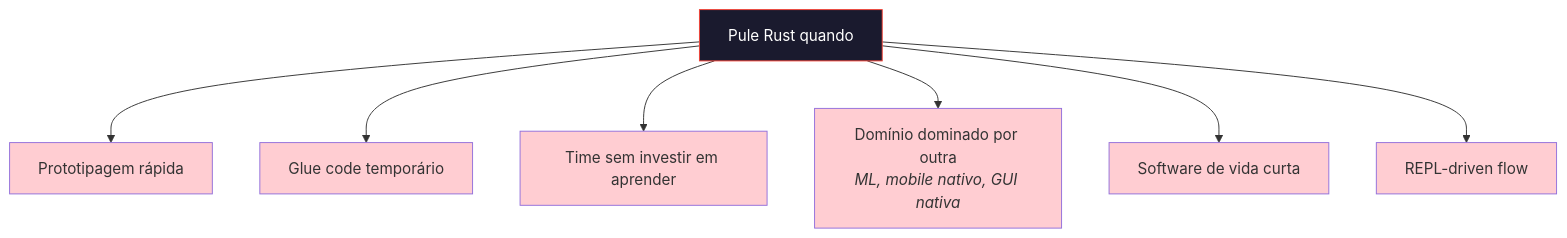
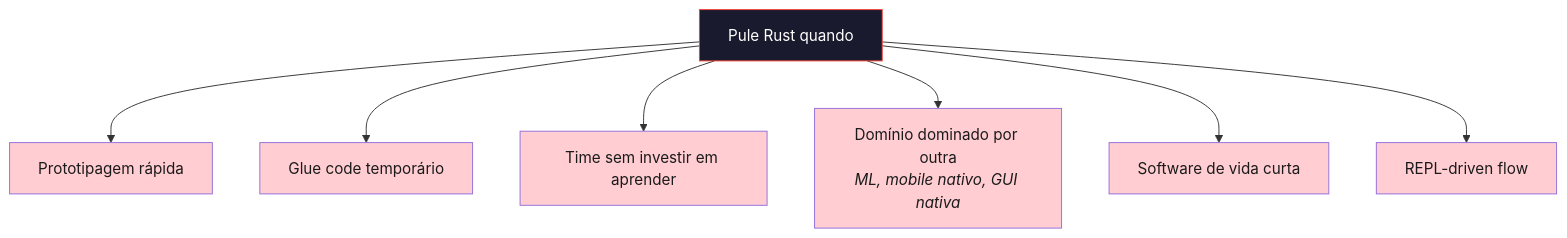
Before and after one commit to Felipeness/ferro-e-espirito: the second of 2 diagrams in book/part-19-comparisons/ch56-quando-nao-rust.md, drawn with Mermaid. The commit also changed other lines of this file and 56 other files, not shown here.

First line of the commit message:
fix: contraste de texto em diagramas mermaid

````diff
--- a/book/part-19-comparisons/ch56-quando-nao-rust.md
+++ b/book/part-19-comparisons/ch56-quando-nao-rust.md
@@ -133,18 +133,18 @@
 ```mermaid
 graph TB
     Skip["Pule Rust quando"]
     Skip --> P["Prototipagem rápida"]
     Skip --> Q["Glue code temporário"]
     Skip --> R["Time sem investir em aprender"]
     Skip --> S["Domínio dominado por outra<br/><i>ML, mobile nativo, GUI nativa</i>"]
     Skip --> T["Software de vida curta"]
     Skip --> U["REPL-driven flow"]
 
     style Skip fill:#1a1a2e,stroke:#f44336,color:#fff
-    style P fill:#ffcdd2
-    style Q fill:#ffcdd2
-    style R fill:#ffcdd2
-    style S fill:#ffcdd2
-    style T fill:#ffcdd2
-    style U fill:#ffcdd2
+    style P fill:#ffcdd2,color:#1a1a1a
+    style Q fill:#ffcdd2,color:#1a1a1a
+    style R fill:#ffcdd2,color:#1a1a1a
+    style S fill:#ffcdd2,color:#1a1a1a
+    style T fill:#ffcdd2,color:#1a1a1a
+    style U fill:#ffcdd2,color:#1a1a1a
 ```
````
